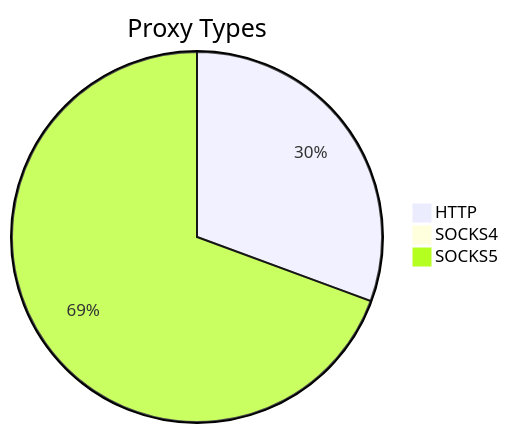
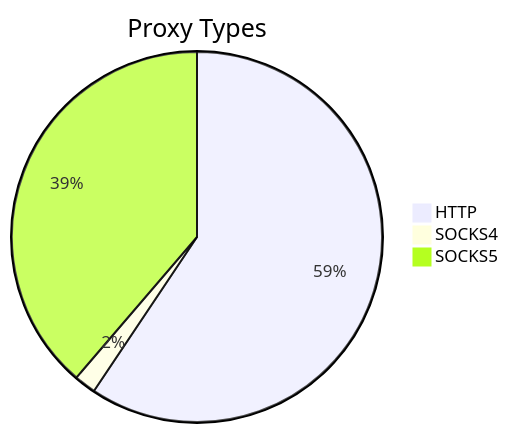
One commit to stormsia/proxy-list changed the first of 2 diagrams in README.md. Above: the diagram before and after it, drawn with Mermaid. The commit also changed other lines of this file, not shown here.

````diff
--- a/README.md
+++ b/README.md
@@ -21,6 +21,6 @@
 ```mermaid
 pie title Proxy Types
-    "HTTP" : 1433
-    "SOCKS4" : 47
-    "SOCKS5" : 3247
+    "HTTP" : 971
+    "SOCKS4" : 31
+    "SOCKS5" : 633
 ```
````
